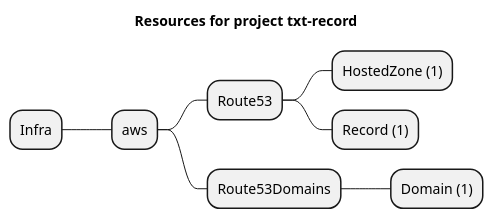
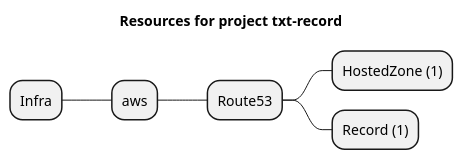
The diagram in examples/aws/Route53/txt-record/artifacts/resources-mindmap.puml (grucloud/grucloud), drawn with PlantUML before and after one commit. The commit also changed 29 other files, not shown here.

```diff
--- a/examples/aws/Route53/txt-record/artifacts/resources-mindmap.puml
+++ b/examples/aws/Route53/txt-record/artifacts/resources-mindmap.puml
@@ -1,11 +1,9 @@
 @startmindmap
 title Resources for project txt-record
 skinparam monochrome true
 + Infra
 ++ aws
 +++ Route53
 ++++ HostedZone (1)
 ++++ Record (1)
-+++ Route53Domains
-++++ Domain (1)
 @endmindmap
```
